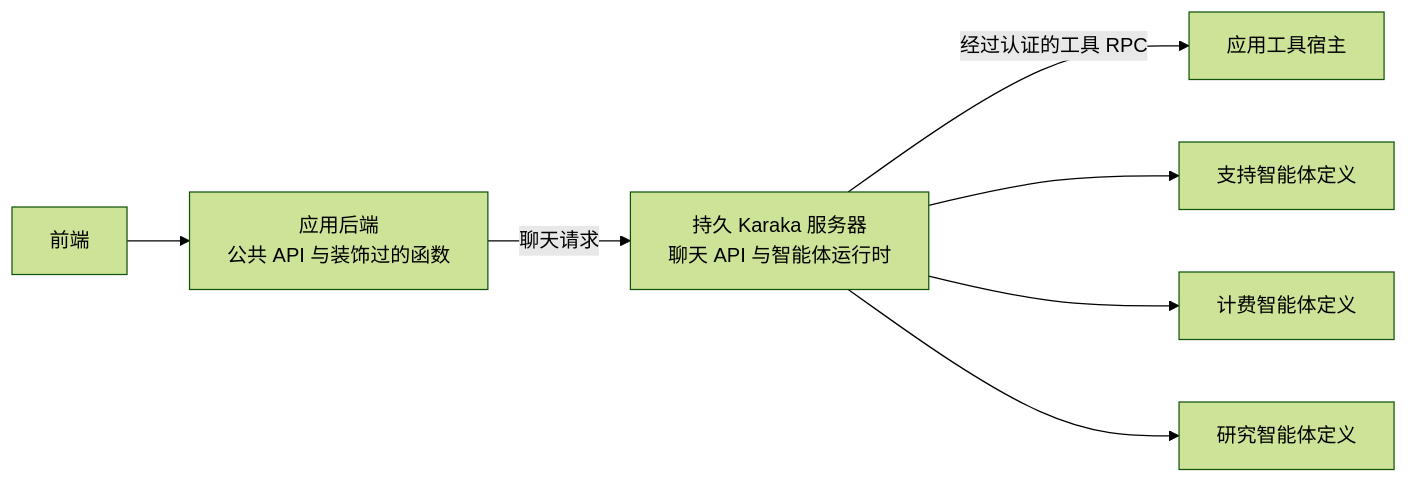
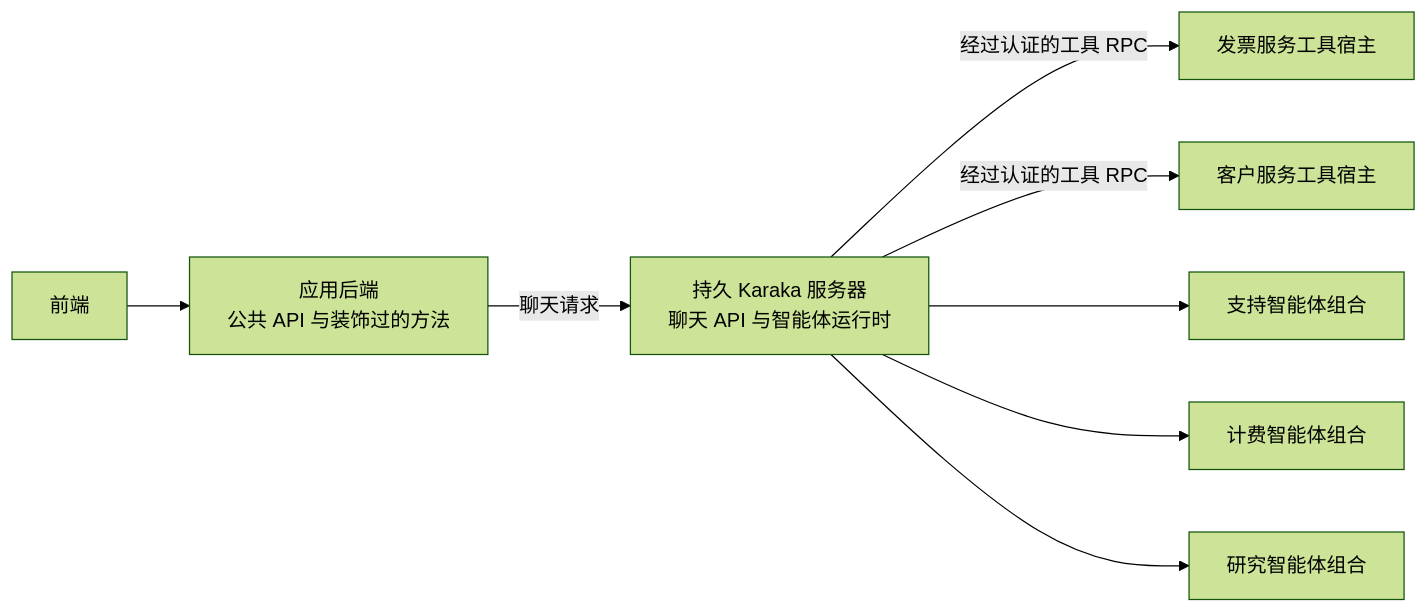
The sixth of 6 diagrams in docs/architecture.zh.md (karaka-ai/karaka), drawn with Mermaid (forest theme) before and after one commit. The commit also changed other lines of this file and 2 other files, not shown here.

````diff
--- a/docs/architecture.zh.md
+++ b/docs/architecture.zh.md
@@ -365,9 +385,10 @@
 ```mermaid
 flowchart LR
-  Frontend["前端"] --> Application["应用后端<br/>公共 API 与装饰过的函数"]
+  Frontend["前端"] --> Application["应用后端<br/>公共 API 与装饰过的方法"]
   Application -->|"聊天请求"| Karaka["持久 Karaka 服务器<br/>聊天 API 与智能体运行时"]
-  Karaka -->|"经过认证的工具 RPC"| ToolHost["应用工具宿主"]
-  Karaka --> Support["支持智能体定义"]
-  Karaka --> Billing["计费智能体定义"]
-  Karaka --> Research["研究智能体定义"]
+  Karaka -->|"经过认证的工具 RPC"| Invoice["发票服务工具宿主"]
+  Karaka -->|"经过认证的工具 RPC"| Customer["客户服务工具宿主"]
+  Karaka --> Support["支持智能体组合"]
+  Karaka --> Billing["计费智能体组合"]
+  Karaka --> Research["研究智能体组合"]
 ```
````
